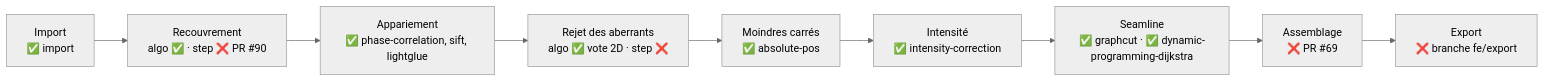
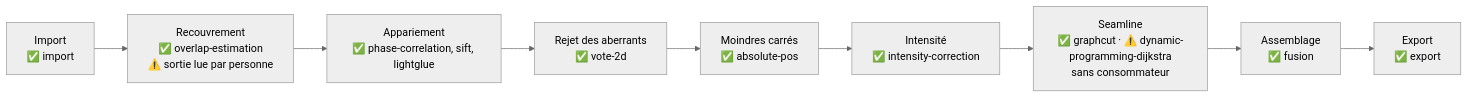
The diagram in docs/CARTE_ARCHITECTURE.md (KIKIRPAProjet/KIKIRPA-CPP), drawn with Mermaid (neutral theme) before and after one commit. The commit also changed other lines of this file and 2 other files, not shown here.

First line of the commit message:
docs: carte, migration et guide à jour des merges du 09 au 15/11

````diff
--- a/docs/CARTE_ARCHITECTURE.md
+++ b/docs/CARTE_ARCHITECTURE.md
@@ -55,11 +66,11 @@
 ```mermaid
 flowchart LR
-    I[Import<br/>✅ import] --> R[Recouvrement<br/>algo ✅ · step ❌ PR #90]
+    I[Import<br/>✅ import] --> R[Recouvrement<br/>✅ overlap-estimation<br/>⚠️ sortie lue par personne]
     R --> M[Appariement<br/>✅ phase-correlation, sift, lightglue]
-    M --> X[Rejet des aberrants<br/>algo ✅ vote 2D · step ❌]
+    M --> X[Rejet des aberrants<br/>✅ vote-2d]
     X --> L[Moindres carrés<br/>✅ absolute-pos]
     L --> E[Intensité<br/>✅ intensity-correction]
-    E --> S[Seamline<br/>✅ graphcut · ✅ dynamic-programming-dijkstra]
-    S --> A[Assemblage<br/>❌ PR #69]
-    A --> O[Export<br/>❌ branche fe/export]
+    E --> S[Seamline<br/>✅ graphcut · ⚠️ dynamic-programming-dijkstra<br/>sans consommateur]
+    S --> A[Assemblage<br/>✅ fusion]
+    A --> O[Export<br/>✅ export]
 ```
````
